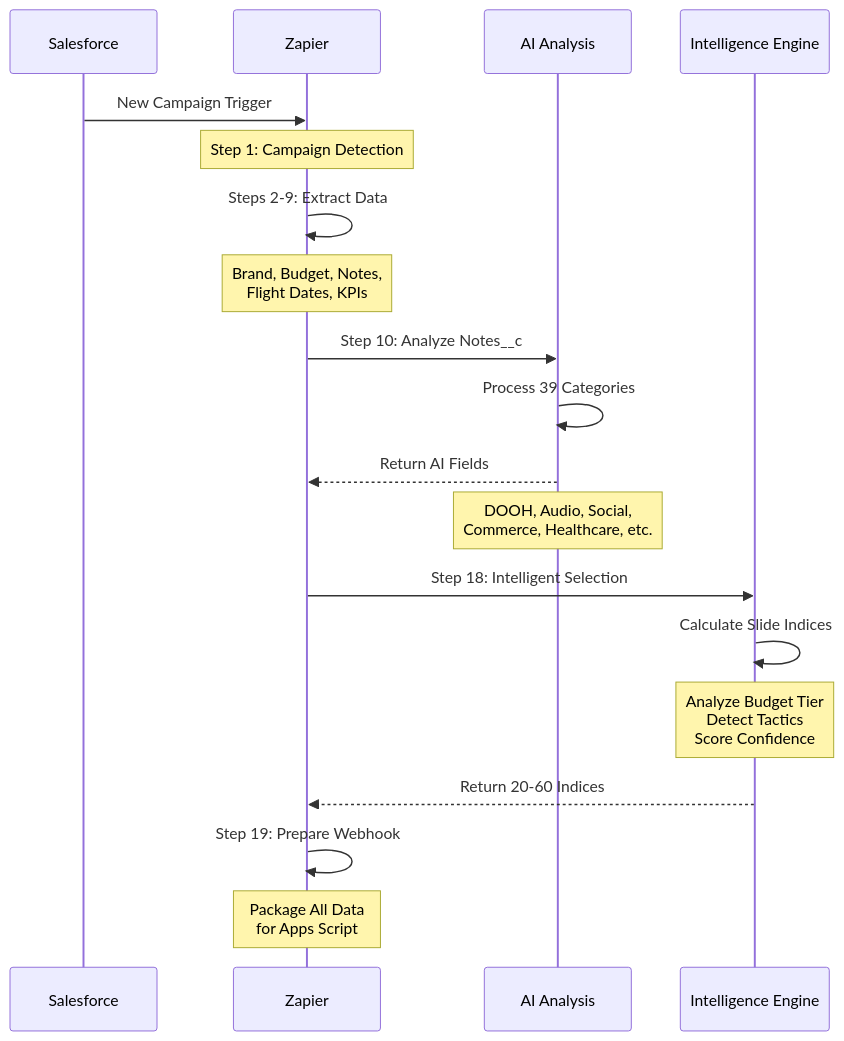
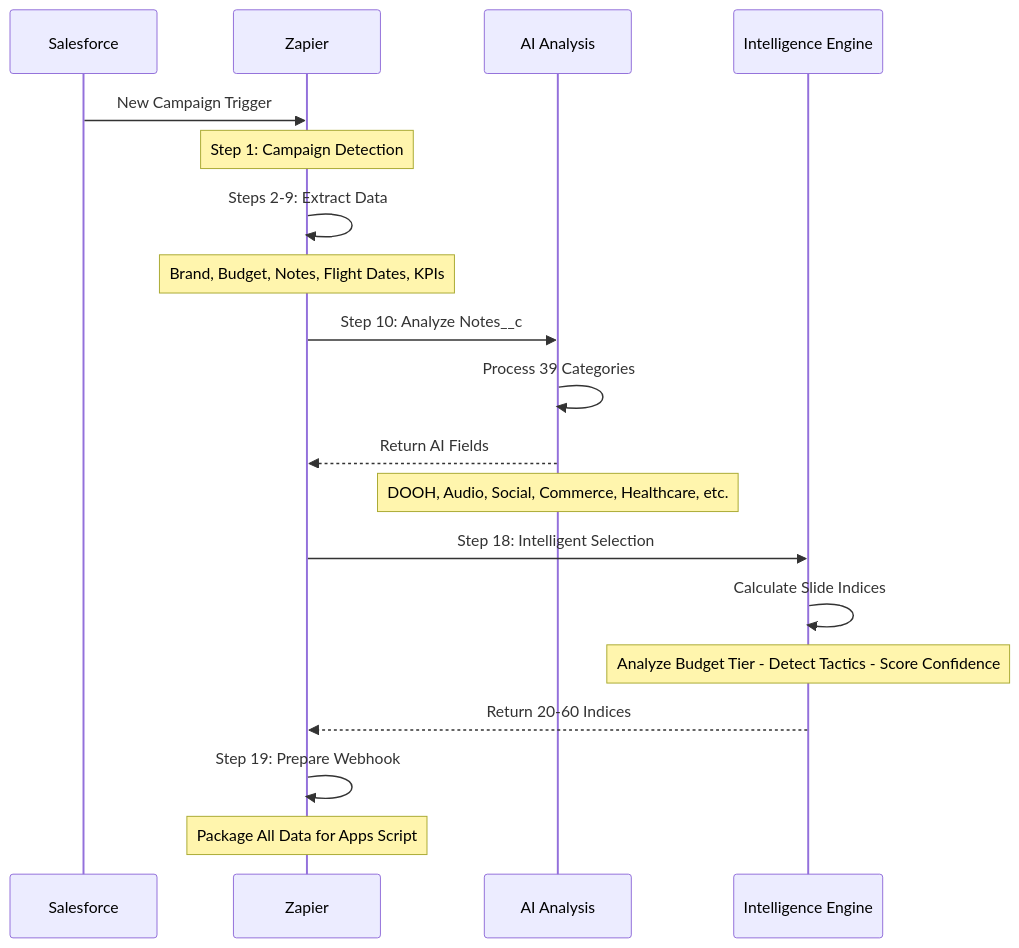
One commit to ethansammiq/slide_deck_glean_integration changed the second of 10 diagrams in SYSTEM_FLOW_DOCUMENTATION.md. Above: the diagram before and after it, drawn with Mermaid. The commit also changed other lines of this file, not shown here.

First line of the commit message:
fix: Fix Mermaid diagram syntax for GitHub compatibility

````diff
--- a/SYSTEM_FLOW_DOCUMENTATION.md
+++ b/SYSTEM_FLOW_DOCUMENTATION.md
@@ -94,26 +94,26 @@
 ```mermaid
 sequenceDiagram
     participant SF as Salesforce
     participant Z as Zapier
     participant AI as AI Analysis
     participant IS as Intelligence Engine
     
     SF->>Z: New Campaign Trigger
     Note over Z: Step 1: Campaign Detection
     
     Z->>Z: Steps 2-9: Extract Data
-    Note over Z: Brand, Budget, Notes,<br/>Flight Dates, KPIs
+    Note over Z: Brand, Budget, Notes, Flight Dates, KPIs
     
     Z->>AI: Step 10: Analyze Notes__c
     AI->>AI: Process 39 Categories
     AI-->>Z: Return AI Fields
-    Note over AI: DOOH, Audio, Social,<br/>Commerce, Healthcare, etc.
+    Note over AI: DOOH, Audio, Social, Commerce, Healthcare, etc.
     
     Z->>IS: Step 18: Intelligent Selection
     IS->>IS: Calculate Slide Indices
-    Note over IS: Analyze Budget Tier<br/>Detect Tactics<br/>Score Confidence
+    Note over IS: Analyze Budget Tier - Detect Tactics - Score Confidence
     IS-->>Z: Return 20-60 Indices
     
     Z->>Z: Step 19: Prepare Webhook
-    Note over Z: Package All Data<br/>for Apps Script
+    Note over Z: Package All Data for Apps Script
 ```
````
